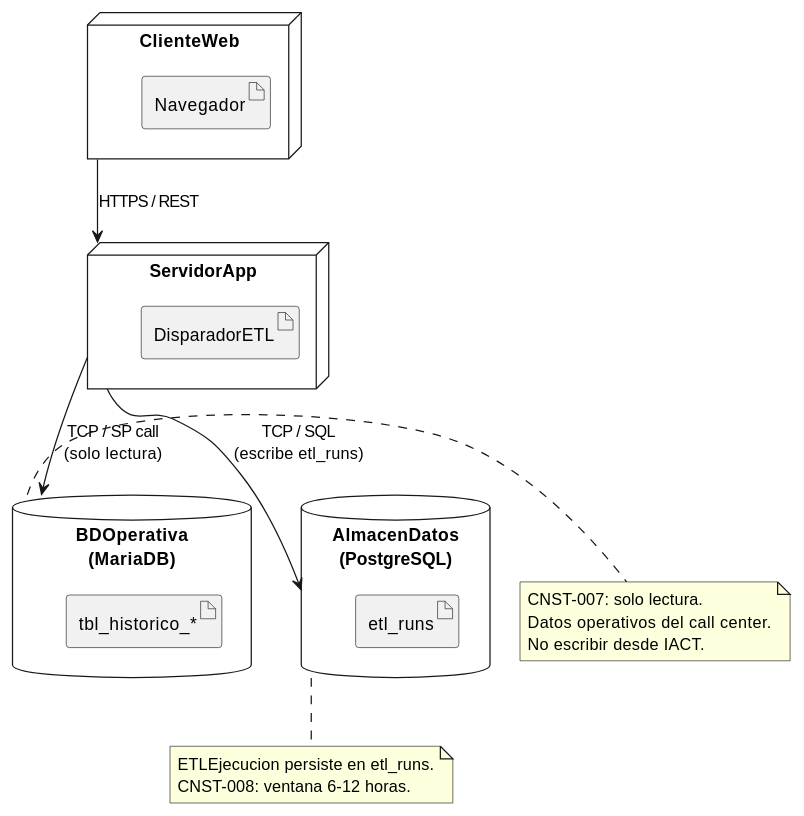
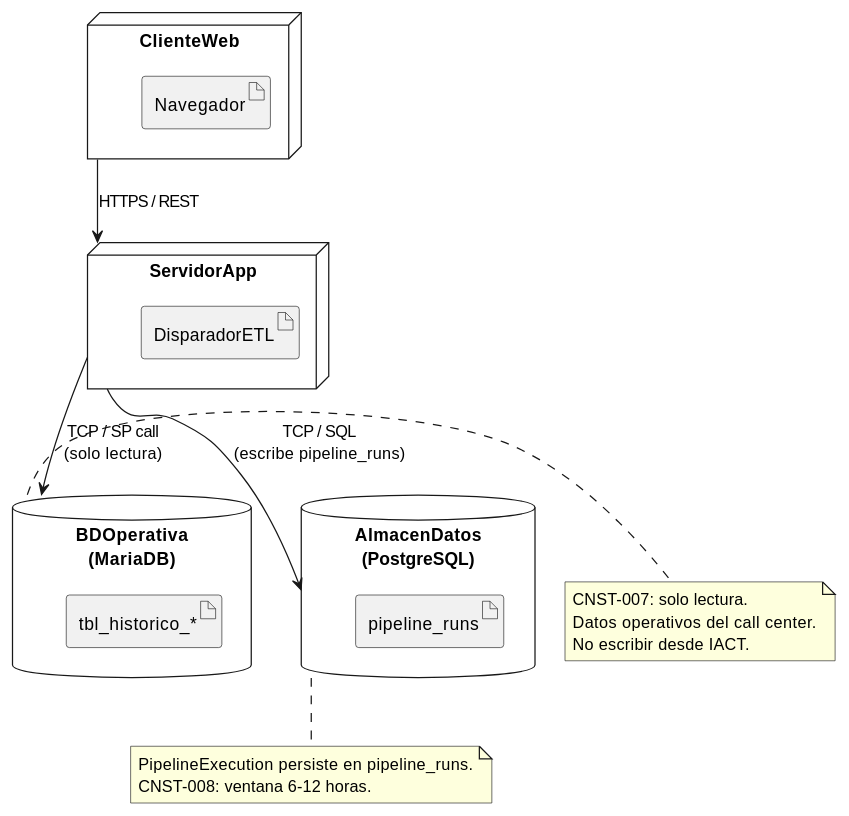
One commit to jcg-admin/IACT-docs changed the diagram in source/arquitectura-tecnica/deploy-view/deploy-etl.rst. Above: the diagram before and after it, drawn with PlantUML. The commit also changed other lines of this file and 96 other files, not shown here.

First line of the commit message:
Apply CNST-033: rename ETL→Pipeline in domain-model + sweep refs

```diff
--- a/source/arquitectura-tecnica/deploy-view/deploy-etl.rst
+++ b/source/arquitectura-tecnica/deploy-view/deploy-etl.rst
@@ -26,37 +26,37 @@
 .. uml::
  :caption: Deploy View IACT — variante ETL con BD operativa MariaDB.
 
  @startuml
 
  node "ClienteWeb" as ClienteWeb {
    artifact "Navegador" as Navegador
  }
 
  node "ServidorApp" as ServidorApp {
    artifact "DisparadorETL" as DisparadorETL
  }
 
  database "AlmacenDatos\n(PostgreSQL)" as AlmacenDatos {
-   artifact "etl_runs" as EtlRuns
+   artifact "pipeline_runs" as EtlRuns
  }
 
  database "BDOperativa\n(MariaDB)" as BDOperativa {
    artifact "tbl_historico_*" as TblHistorico
  }
 
  ClienteWeb   --> ServidorApp   : HTTPS / REST
- ServidorApp  --> AlmacenDatos  : TCP / SQL\n(escribe etl_runs)
+ ServidorApp  --> AlmacenDatos  : TCP / SQL\n(escribe pipeline_runs)
  ServidorApp  --> BDOperativa   : TCP / SP call\n(solo lectura)
 
  note right of BDOperativa
    CNST-007: solo lectura.
    Datos operativos del call center.
    No escribir desde IACT.
  end note
 
  note bottom of AlmacenDatos
-   ETLEjecucion persiste en etl_runs.
+   PipelineExecution persiste en pipeline_runs.
    CNST-008: ventana 6-12 horas.
  end note
 
  @enduml
```
